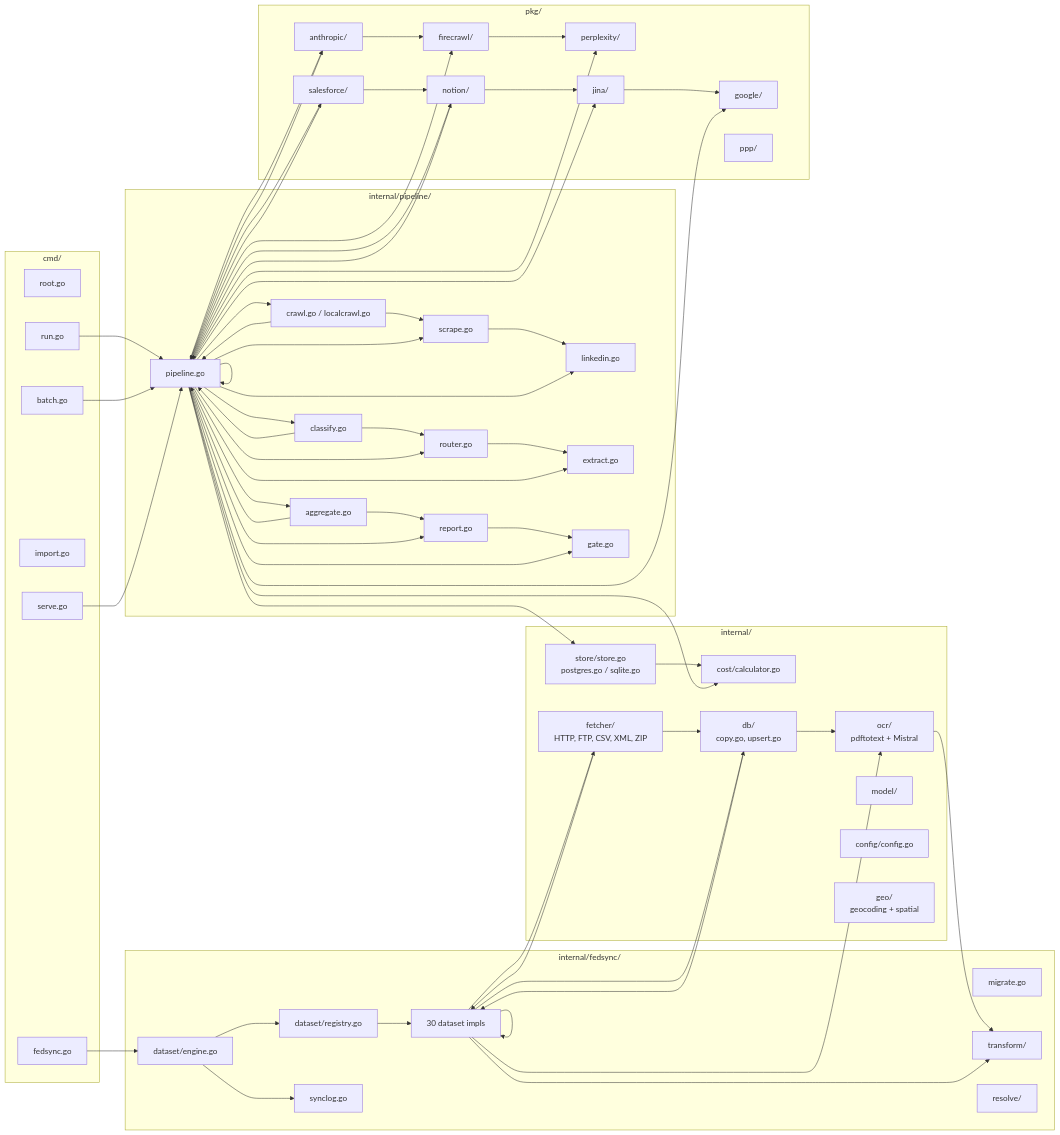
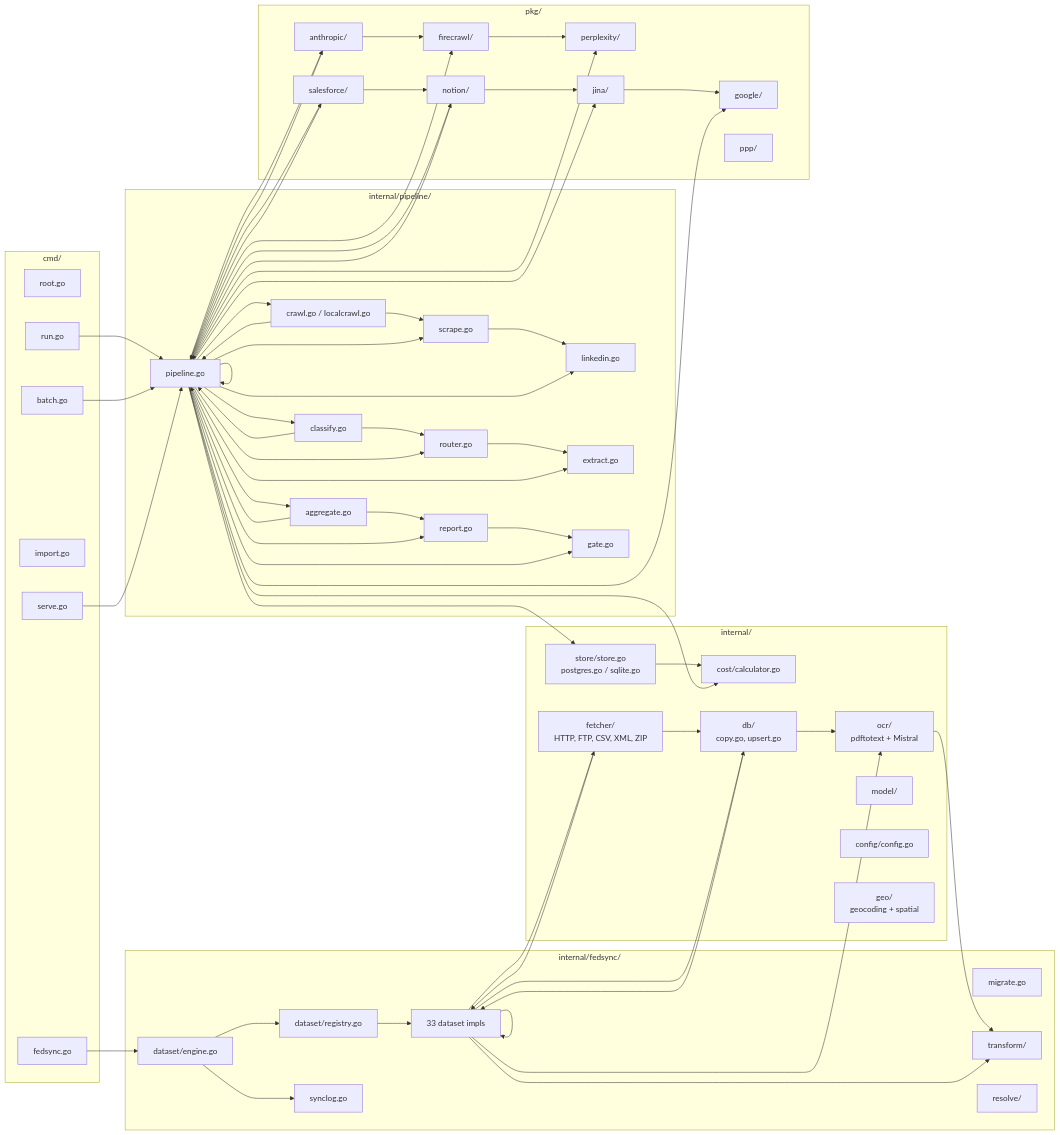
The second of 3 diagrams in docs/architecture.md (sells-group/research-cli), drawn with Mermaid before and after one commit. The commit also changed other lines of this file and 6 other files, not shown here.

````diff
--- a/docs/architecture.md
+++ b/docs/architecture.md
@@ -82,73 +86,73 @@
 ```mermaid
 graph LR
     subgraph "cmd/"
         Root[root.go]
         Run[run.go]
         Batch[batch.go]
         Import[import.go]
         Serve[serve.go]
         FSync[fedsync.go]
     end
 
     subgraph "internal/pipeline/"
         PL[pipeline.go]
         Crawl[crawl.go / localcrawl.go]
         Scrape[scrape.go]
         LinkedIn[linkedin.go]
         Classify[classify.go]
         Router[router.go]
         Extract[extract.go]
         Aggregate[aggregate.go]
         Report[report.go]
         Gate[gate.go]
     end
 
     subgraph "internal/fedsync/"
         Engine[dataset/engine.go]
         Registry[dataset/registry.go]
-        Datasets["30 dataset impls"]
+        Datasets["33 dataset impls"]
         Migrate[migrate.go]
         SyncLog[synclog.go]
         Transform[transform/]
         Resolve[resolve/]
     end
 
     subgraph "internal/"
         Store[store/store.go<br/>postgres.go / sqlite.go]
         Fetcher[fetcher/<br/>HTTP, FTP, CSV, XML, ZIP]
         OCR[ocr/<br/>pdftotext + Mistral]
         Model[model/]
         Config[config/config.go]
         Cost[cost/calculator.go]
         DB[db/<br/>copy.go, upsert.go]
         Geo[geo/<br/>geocoding + spatial]
     end
 
     subgraph "pkg/"
         PkgAnthropic[anthropic/]
         PkgFirecrawl[firecrawl/]
         PkgPerplexity[perplexity/]
         PkgSF[salesforce/]
         PkgNotion[notion/]
         PkgJina[jina/]
         PkgGoogle[google/]
         PkgPPP[ppp/]
     end
 
     Run --> PL
     Batch --> PL
     Serve --> PL
     FSync --> Engine
 
     PL --> Crawl & PL --> Scrape & PL --> LinkedIn
     PL --> Classify & PL --> Router & PL --> Extract
     PL --> Aggregate & PL --> Report & PL --> Gate
 
     PL --> PkgAnthropic & PL --> PkgFirecrawl & PL --> PkgPerplexity
     PL --> PkgSF & PL --> PkgNotion & PL --> PkgJina & PL --> PkgGoogle
     PL --> Store & PL --> Cost
 
     Engine --> Registry --> Datasets
     Engine --> SyncLog
     Datasets --> Fetcher & Datasets --> DB & Datasets --> OCR & Datasets --> Transform
 ```
````
